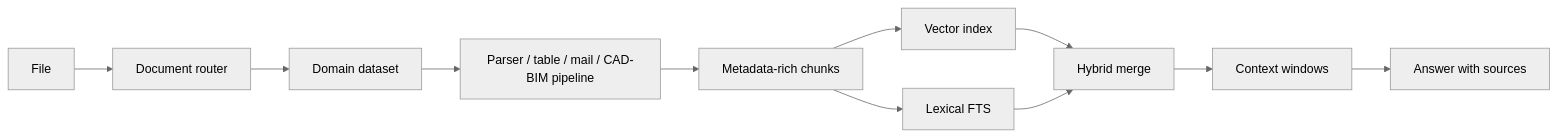
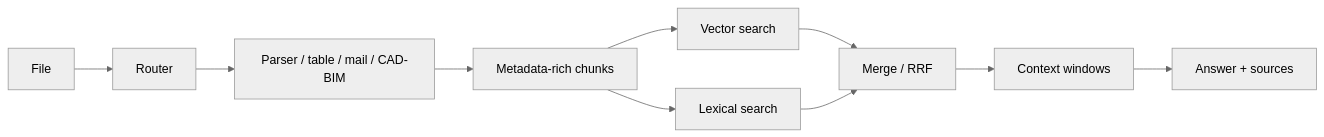
One commit to proovcme/les_rag_public changed the second of 2 diagrams in README.md. Above: the diagram before and after it, drawn with Mermaid (neutral theme). The commit also changed other lines of this file and 16 other files, not shown here.

````diff
--- a/README.md
+++ b/README.md
@@ -135,13 +118,12 @@
 ```mermaid
 flowchart LR
-  F["File"] --> R["Document router"]
-  R --> D["Domain dataset"]
-  D --> P["Parser / table / mail / CAD-BIM pipeline"]
+  F["File"] --> R["Router"]
+  R --> P["Parser / table / mail / CAD-BIM"]
   P --> C["Metadata-rich chunks"]
-  C --> V["Vector index"]
-  C --> L["Lexical FTS"]
-  V --> H["Hybrid merge"]
-  L --> H
-  H --> W["Context windows"]
-  W --> A["Answer with sources"]
+  C --> V["Vector search"]
+  C --> L["Lexical search"]
+  V --> M["Merge / RRF"]
+  L --> M
+  M --> W["Context windows"]
+  W --> A["Answer + sources"]
 ```
````
